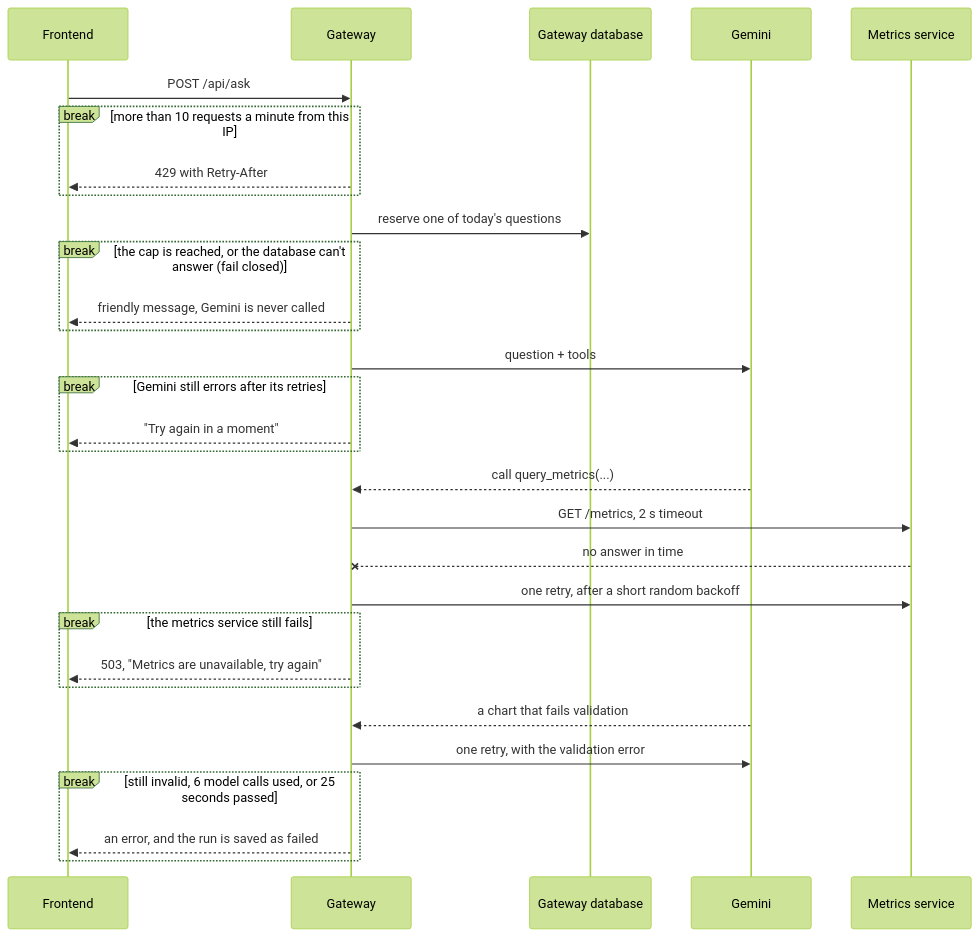
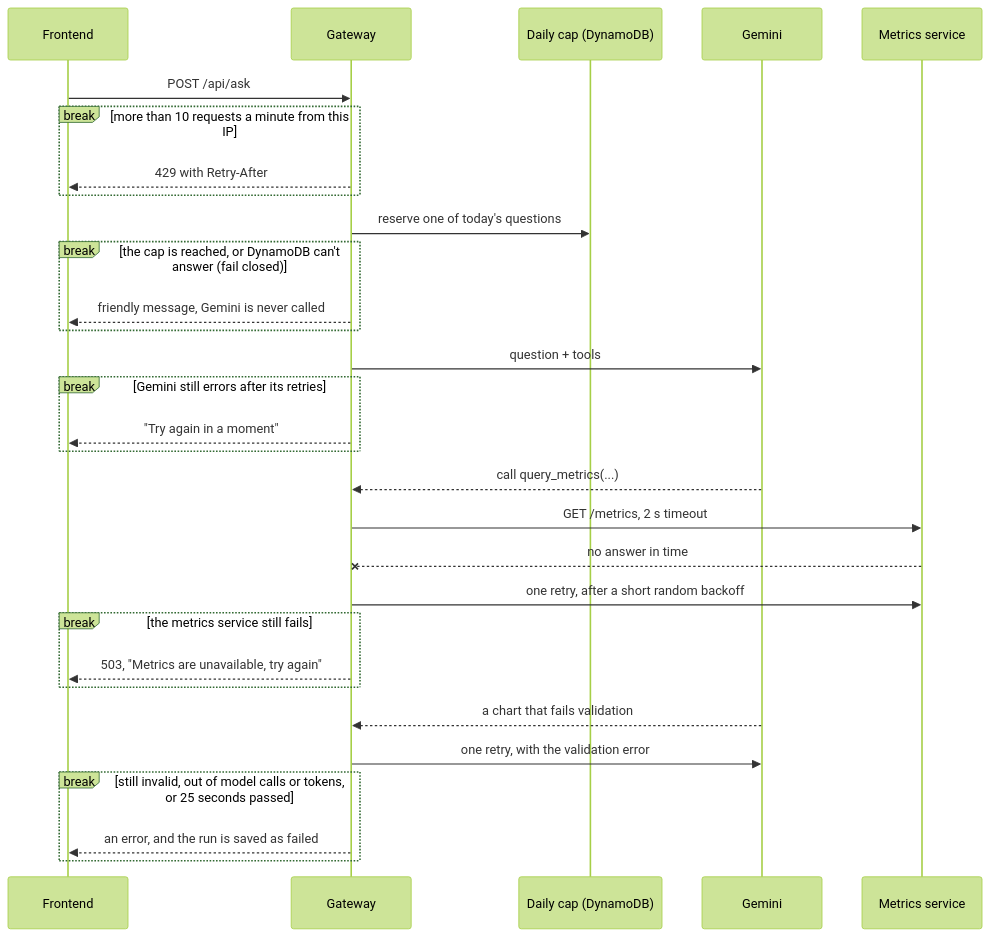
The fourth of 7 diagrams in docs/design.md (vovadyach/dashgen), drawn with Mermaid (forest theme) before and after one commit. The commit also changed other lines of this file and 4 other files, not shown here.

````diff
--- a/docs/design.md
+++ b/docs/design.md
@@ -205,33 +207,33 @@
 ```mermaid
 sequenceDiagram
     participant F as Frontend
     participant G as Gateway
-    participant DB as Gateway database
+    participant C as Daily cap (DynamoDB)
     participant LLM as Gemini
     participant M as Metrics service
 
     F->>G: POST /api/ask
     break more than 10 requests a minute from this IP
         G-->>F: 429 with Retry-After
     end
-    G->>DB: reserve one of today's questions
-    break the cap is reached, or the database can't answer (fail closed)
+    G->>C: reserve one of today's questions
+    break the cap is reached, or DynamoDB can't answer (fail closed)
         G-->>F: friendly message, Gemini is never called
     end
     G->>LLM: question + tools
     break Gemini still errors after its retries
         G-->>F: "Try again in a moment"
     end
     LLM-->>G: call query_metrics(...)
     G->>M: GET /metrics, 2 s timeout
     M--xG: no answer in time
     G->>M: one retry, after a short random backoff
     break the metrics service still fails
         G-->>F: 503, "Metrics are unavailable, try again"
     end
     LLM-->>G: a chart that fails validation
     G->>LLM: one retry, with the validation error
-    break still invalid, 6 model calls used, or 25 seconds passed
+    break still invalid, out of model calls or tokens, or 25 seconds passed
         G-->>F: an error, and the run is saved as failed
     end
 ```
````
